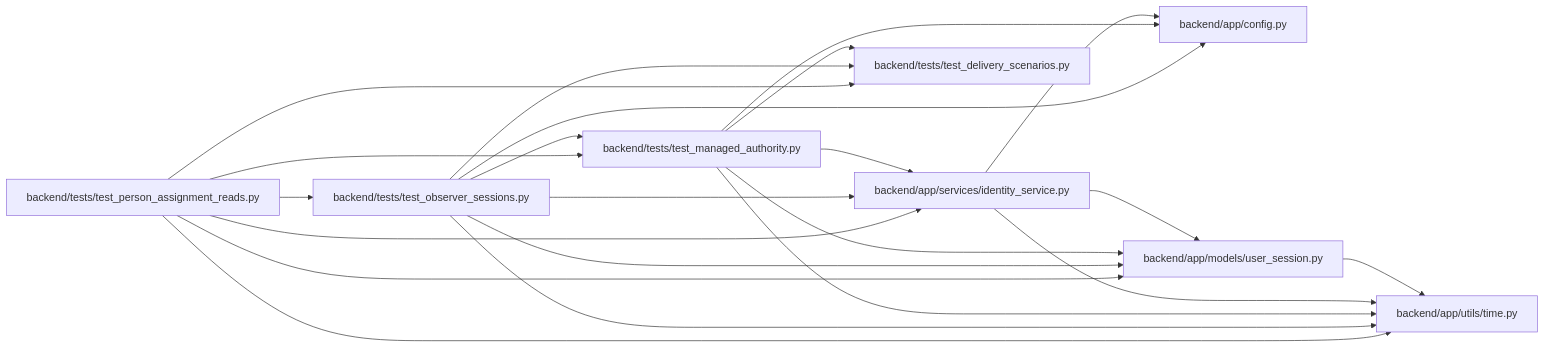
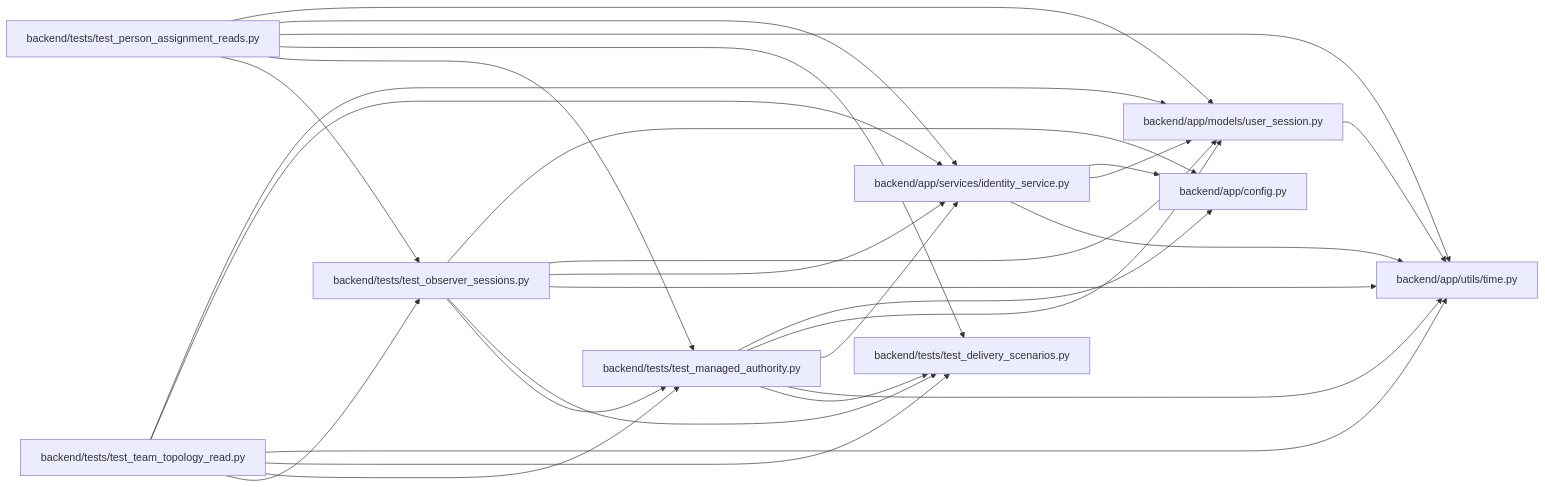
The diagram in docs/llm_wiki/modules/test_observer_sessions.md (Denissvgn/WorkChord), drawn with Mermaid before and after one commit. The commit also changed other lines of this file and 925 other files, not shown here.

Commit message:
docs(wiki): refresh for the team topology read

````diff
--- a/docs/llm_wiki/modules/test_observer_sessions.md
+++ b/docs/llm_wiki/modules/test_observer_sessions.md
@@ -30,40 +30,48 @@
 ```mermaid
 flowchart LR
     n0["backend/app/config.py"]
     n1["backend/app/models/user_session.py"]
     n2["backend/app/services/identity_service.py"]
     n3["backend/app/utils/time.py"]
     n4["backend/tests/test_delivery_scenarios.py"]
     n5["backend/tests/test_managed_authority.py"]
     n6["backend/tests/test_observer_sessions.py"]
     n7["backend/tests/test_person_assignment_reads.py"]
+    n8["backend/tests/test_team_topology_read.py"]
     n1 --> n3
     n2 --> n0
     n2 --> n1
     n2 --> n3
     n5 --> n0
     n5 --> n1
     n5 --> n2
     n5 --> n3
     n5 --> n4
     n6 --> n0
     n6 --> n1
     n6 --> n2
     n6 --> n3
     n6 --> n4
     n6 --> n5
     n7 --> n1
     n7 --> n2
     n7 --> n3
     n7 --> n4
     n7 --> n5
     n7 --> n6
+    n8 --> n1
+    n8 --> n2
+    n8 --> n3
+    n8 --> n4
+    n8 --> n5
+    n8 --> n6
     click n0 "../modules/config.md"
     click n1 "../modules/user_session.md"
     click n2 "../modules/identity_service.md"
     click n3 "../modules/time.md"
     click n4 "../modules/test_delivery_scenarios.md"
     click n5 "../modules/test_managed_authority.md"
     click n6 "../modules/test_observer_sessions.md"
     click n7 "../modules/test_person_assignment_reads.md"
+    click n8 "../modules/test_team_topology_read.md"
 ```
````
